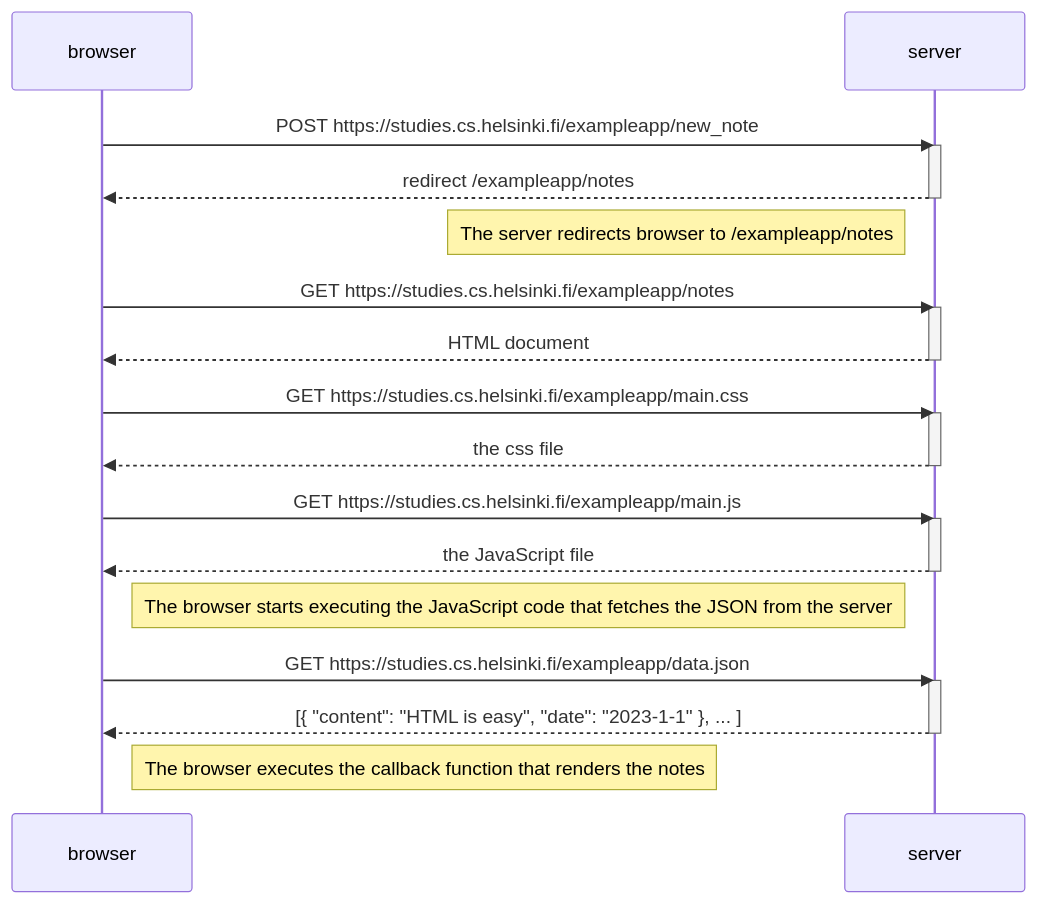
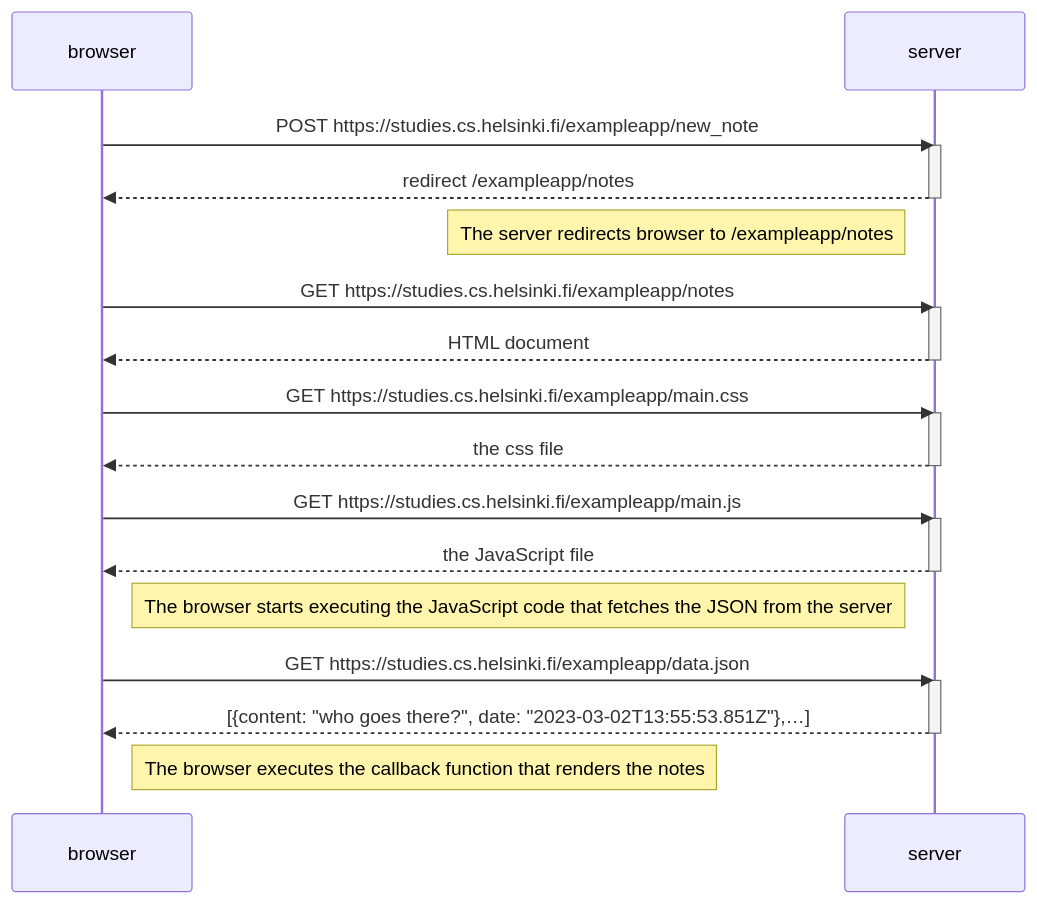
Before and after one commit to Saukka/FS-palautusrepositorio: the first of 2 diagrams in part0/sekvenssikaavio.md, drawn with Mermaid. The commit also changed other lines of this file, not shown here.

````diff
--- a/part0/sekvenssikaavio.md
+++ b/part0/sekvenssikaavio.md
@@ -1,36 +3,36 @@
 ```mermaid
 sequenceDiagram
     participant browser
     participant server
     
     browser->>server: POST https://studies.cs.helsinki.fi/exampleapp/new_note
     activate server
     server-->>browser: redirect /exampleapp/notes
     deactivate server
     
     Note left of server: The server redirects browser to /exampleapp/notes
    
     browser->>server: GET https://studies.cs.helsinki.fi/exampleapp/notes
     activate server
     server-->>browser: HTML document
     deactivate server
     
     browser->>server: GET https://studies.cs.helsinki.fi/exampleapp/main.css
     activate server
     server-->>browser: the css file
     deactivate server
     
     browser->>server: GET https://studies.cs.helsinki.fi/exampleapp/main.js
     activate server
     server-->>browser: the JavaScript file
     deactivate server
     
     Note right of browser: The browser starts executing the JavaScript code that fetches the JSON from the server
     
     browser->>server: GET https://studies.cs.helsinki.fi/exampleapp/data.json
     activate server
-    server-->>browser: [{ "content": "HTML is easy", "date": "2023-1-1" }, ... ]
+    server-->>browser: [{content: "who goes there?", date: "2023-03-02T13:55:53.851Z"},…]
     deactivate server
     
     Note right of browser: The browser executes the callback function that renders the notes
 ```
````
